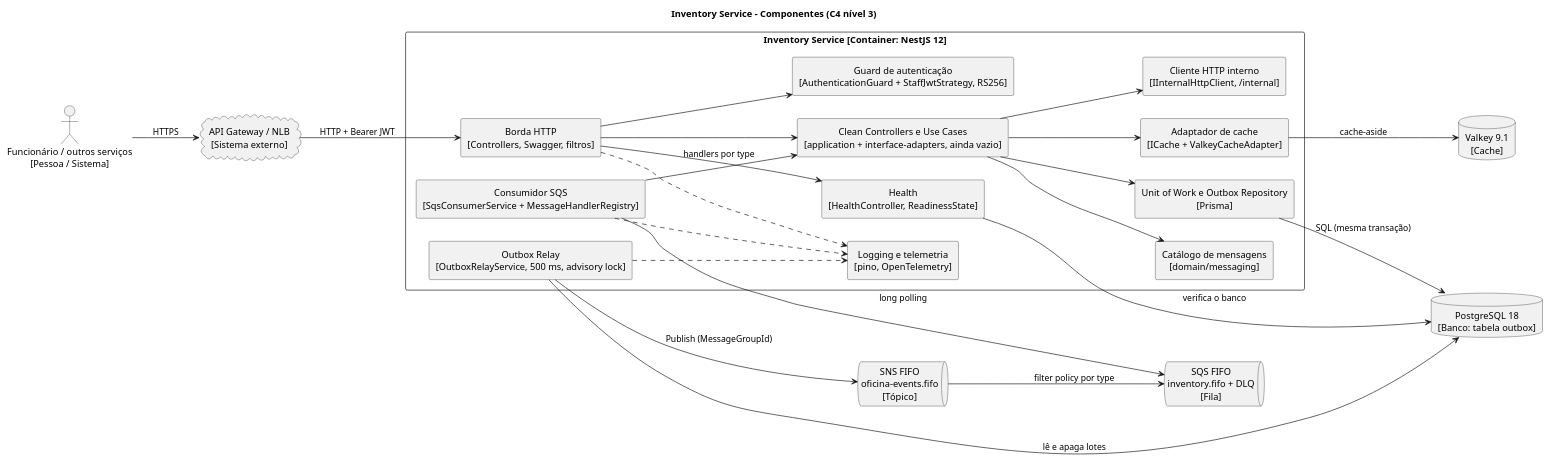
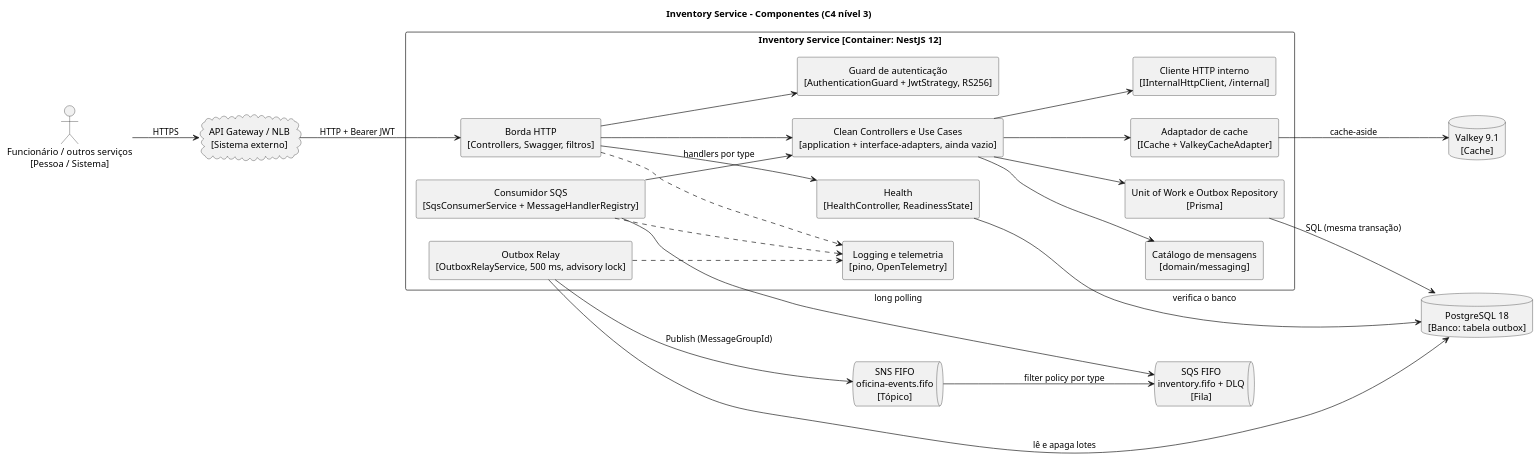
The diagram in docs/c4/inventory-component.puml (FIAP-15SOAT/oficina-mecanica-inventory-service), drawn with PlantUML before and after one commit. The commit also changed 14 other files, not shown here.

Commit message:
refactor: align jwt strategy and docs with billing

```diff
--- a/docs/c4/inventory-component.puml
+++ b/docs/c4/inventory-component.puml
@@ -1,49 +1,49 @@
 @startuml inventory-component
 title Inventory Service - Componentes (C4 nível 3)
 skinparam componentStyle rectangle
 skinparam shadowing false
 skinparam defaultTextAlignment center
 left to right direction
 
 actor "Funcionário / outros serviços\n[Pessoa / Sistema]" as client
 cloud "API Gateway / NLB\n[Sistema externo]" as gateway
 database "PostgreSQL 18\n[Banco: tabela outbox]" as pg
 database "Valkey 9.1\n[Cache]" as valkey
 queue "SNS FIFO\noficina-events.fifo\n[Tópico]" as sns
 queue "SQS FIFO\ninventory.fifo + DLQ\n[Fila]" as sqs
 
 rectangle "Inventory Service [Container: NestJS 12]" {
   component "Borda HTTP\n[Controllers, Swagger, filtros]" as http
-  component "Guard de autenticação\n[AuthenticationGuard + StaffJwtStrategy, RS256]" as guard
+  component "Guard de autenticação\n[AuthenticationGuard + JwtStrategy, RS256]" as guard
   component "Health\n[HealthController, ReadinessState]" as health
   component "Clean Controllers e Use Cases\n[application + interface-adapters, ainda vazio]" as usecases
   component "Catálogo de mensagens\n[domain/messaging]" as catalog
   component "Unit of Work e Outbox Repository\n[Prisma]" as uow
   component "Outbox Relay\n[OutboxRelayService, 500 ms, advisory lock]" as relay
   component "Consumidor SQS\n[SqsConsumerService + MessageHandlerRegistry]" as consumer
   component "Adaptador de cache\n[ICache + ValkeyCacheAdapter]" as cache
   component "Cliente HTTP interno\n[IInternalHttpClient, /internal]" as internal
   component "Logging e telemetria\n[pino, OpenTelemetry]" as obs
 }
 
 client --> gateway : HTTPS
 gateway --> http : HTTP + Bearer JWT
 http --> guard
 http --> health
 http --> usecases
 health --> pg : verifica o banco
 usecases --> catalog
 usecases --> uow
 usecases --> cache
 usecases --> internal
 uow --> pg : SQL (mesma transação)
 relay --> pg : lê e apaga lotes
 relay --> sns : Publish (MessageGroupId)
 sns --> sqs : filter policy por type
 consumer --> sqs : long polling
 consumer --> usecases : handlers por type
 cache --> valkey : cache-aside
 http ..> obs
 relay ..> obs
 consumer ..> obs
 @enduml
```
